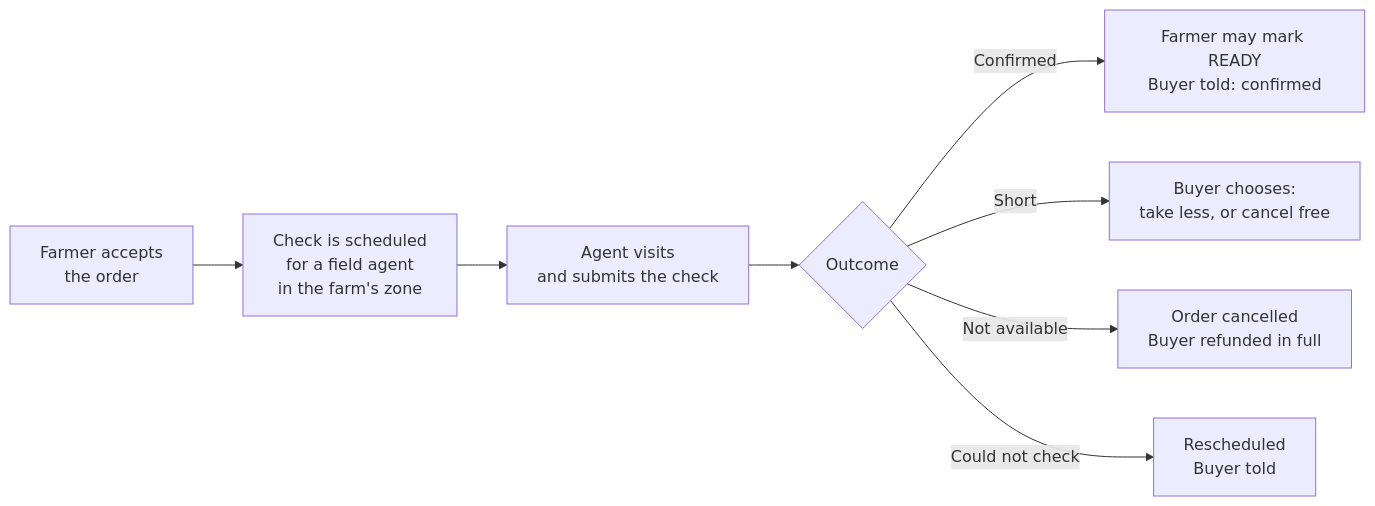
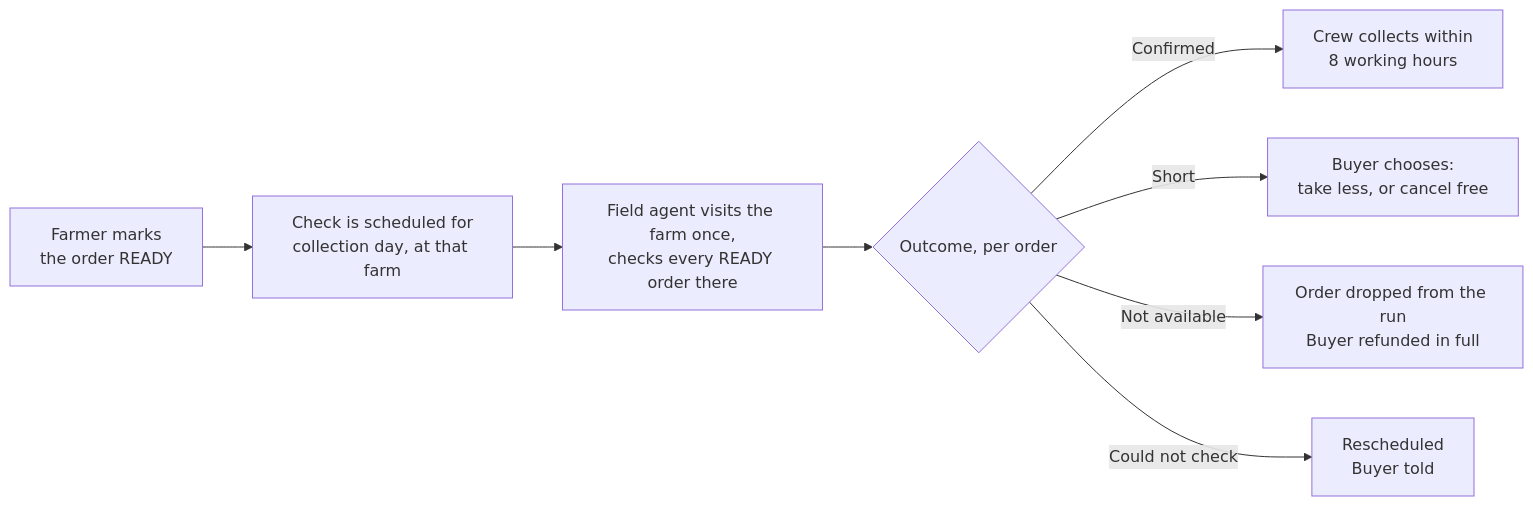
The diagram in docs/domain/order-availability-check.md (cropdoor/cropdoor-almanac), drawn with Mermaid before and after one commit. The commit also changed other lines of this file and 1 other file, not shown here.

First line of the commit message:
docs(domain): record Ops' seven answers on the availability check

````diff
--- a/docs/domain/order-availability-check.md
+++ b/docs/domain/order-availability-check.md
@@ -24,10 +24,10 @@
 ```mermaid
 flowchart LR
-    A[Farmer accepts<br/>the order] --> B[Check is scheduled<br/>for a field agent<br/>in the farm's zone]
-    B --> C[Agent visits<br/>and submits the check]
-    C --> D{Outcome}
-    D -->|Confirmed| E[Farmer may mark READY<br/>Buyer told: confirmed]
+    A[Farmer marks<br/>the order READY] --> B[Check is scheduled for<br/>collection day, at that farm]
+    B --> C[Field agent visits the farm once,<br/>checks every READY order there]
+    C --> D{Outcome, per order}
+    D -->|Confirmed| E[Crew collects within<br/>8 working hours]
     D -->|Short| F[Buyer chooses:<br/>take less, or cancel free]
-    D -->|Not available| G[Order cancelled<br/>Buyer refunded in full]
+    D -->|Not available| G[Order dropped from the run<br/>Buyer refunded in full]
     D -->|Could not check| H[Rescheduled<br/>Buyer told]
 ```
````
